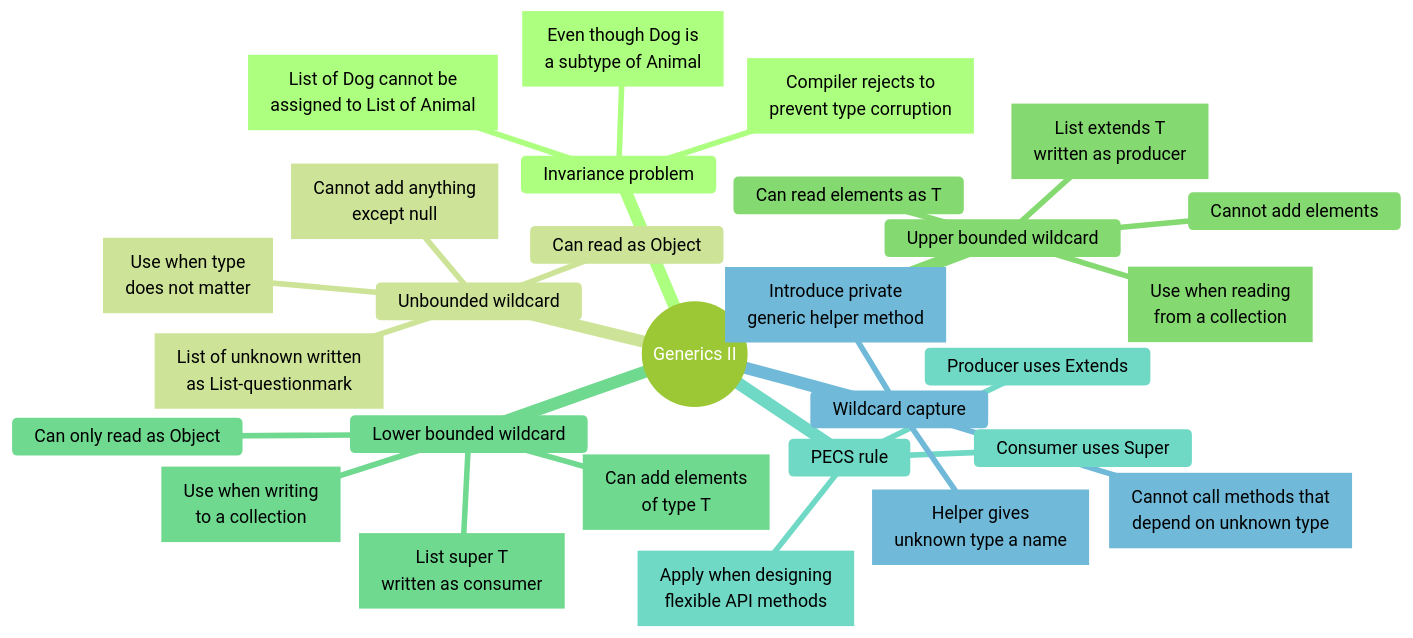
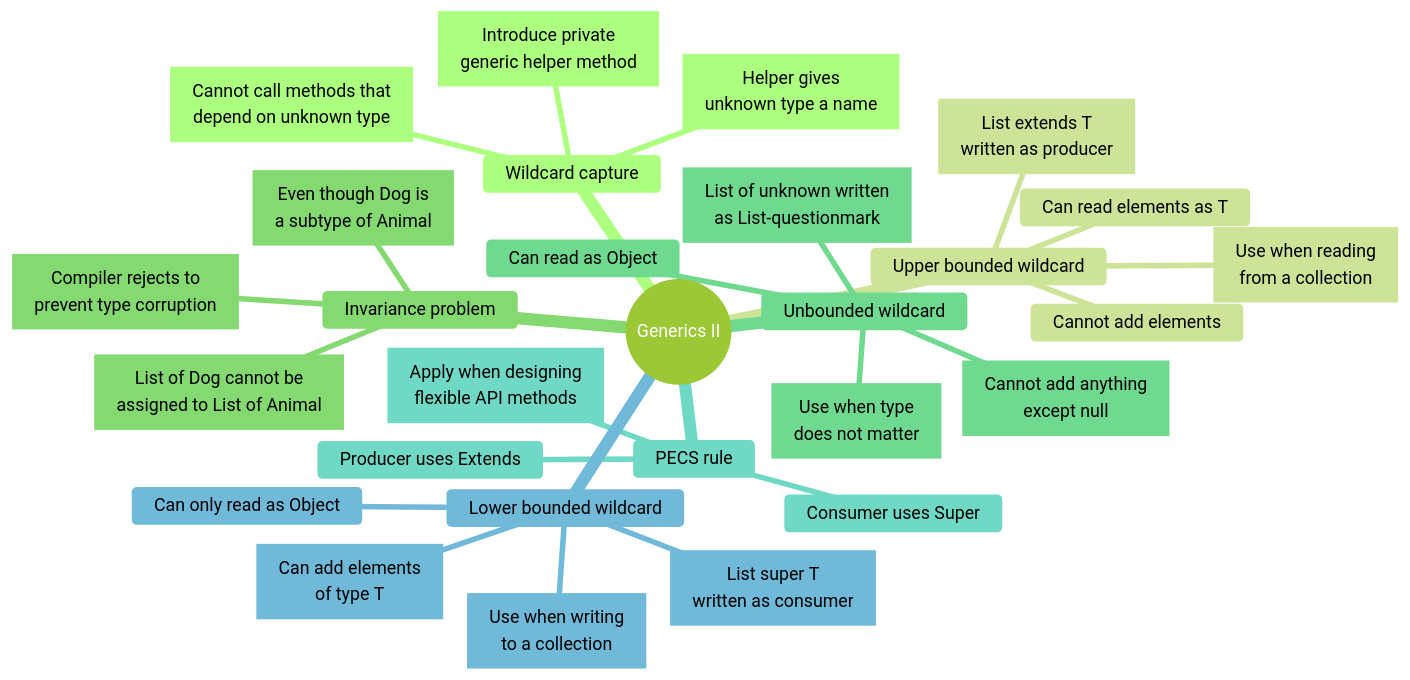
One commit to nmcguinness/L8-OOP-Module-Content changed the third of 13 diagrams in notes/shared/mind maps/revision_t10_t22.md. Above: the diagram before and after it, drawn with Mermaid. The commit also changed other lines of this file and 4 other files, not shown here.

Commit message:
fixed mindmap label truncation and added admonitions test

````diff
--- a/notes/shared/mind maps/revision_t10_t22.md
+++ b/notes/shared/mind maps/revision_t10_t22.md
@@ -305,56 +305,56 @@
 ```mermaid
 ---
 title: "Generics II"
 accDescr: "Mind map of Generics II. Branches: Invariance problem; Unbounded wildcard; Upper bounded wildcard; Lower bounded wildcard; PECS rule; Wildcard capture."
 ---
 %%{init: { "theme": "forest", "markdownAutoWrap": false, "mindmap": { "maxNodeWidth": 300 } }}%%
 mindmap
   root((Generics II))
+    Wildcard capture
+      n13["`Cannot call methods that
+      depend on unknown type`"]
+      n14["`Introduce private
+      generic helper method`"]
+      n15["`Helper gives
+      unknown type a name`"]
+
+    Upper bounded wildcard
+      n7["`List extends T
+      written as producer`"]
+      Can read elements as T
+      Cannot add elements
+      n8["`Use when reading
+      from a collection`"]
+
     Invariance problem
       n1["`List of Dog cannot be
       assigned to List of Animal`"]
       n2["`Even though Dog is
       a subtype of Animal`"]
       n3["`Compiler rejects to
       prevent type corruption`"]
 
     Unbounded wildcard
       n4["`List of unknown written
       as List-questionmark`"]
       Can read as Object
       n5["`Cannot add anything
       except null`"]
       n6["`Use when type
       does not matter`"]
 
-    Upper bounded wildcard
-      n7["`List extends T
-      written as producer`"]
-      Can read elements as T
-      Cannot add elements
-      n8["`Use when reading
-      from a collection`"]
+    PECS rule
+      Producer uses Extends
+      Consumer uses Super
+      n12["`Apply when designing
+      flexible API methods`"]
 
     Lower bounded wildcard
       n9["`List super T
       written as consumer`"]
       n10["`Can add elements
       of type T`"]
       Can only read as Object
       n11["`Use when writing
       to a collection`"]
-
-    PECS rule
-      Producer uses Extends
-      Consumer uses Super
-      n12["`Apply when designing
-      flexible API methods`"]
-
-    Wildcard capture
-      n13["`Cannot call methods that
-      depend on unknown type`"]
-      n14["`Introduce private
-      generic helper method`"]
-      n15["`Helper gives
-      unknown type a name`"]
 ```
````
